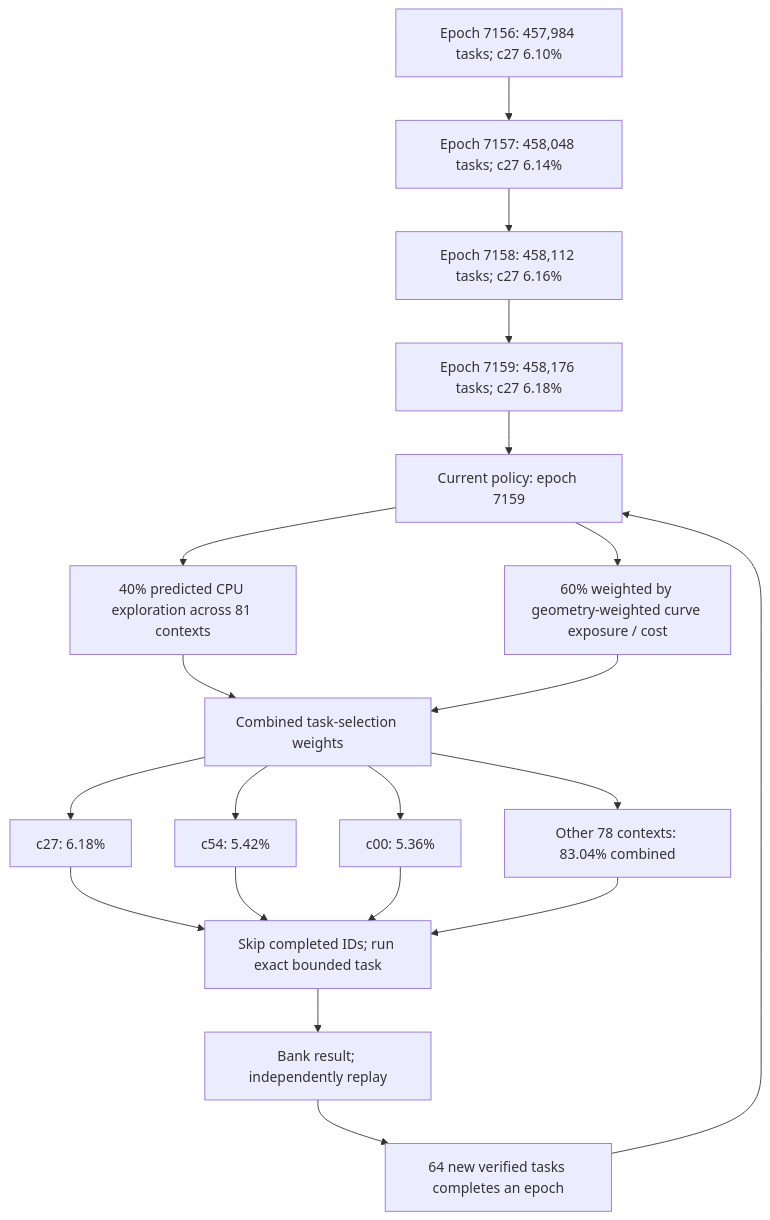
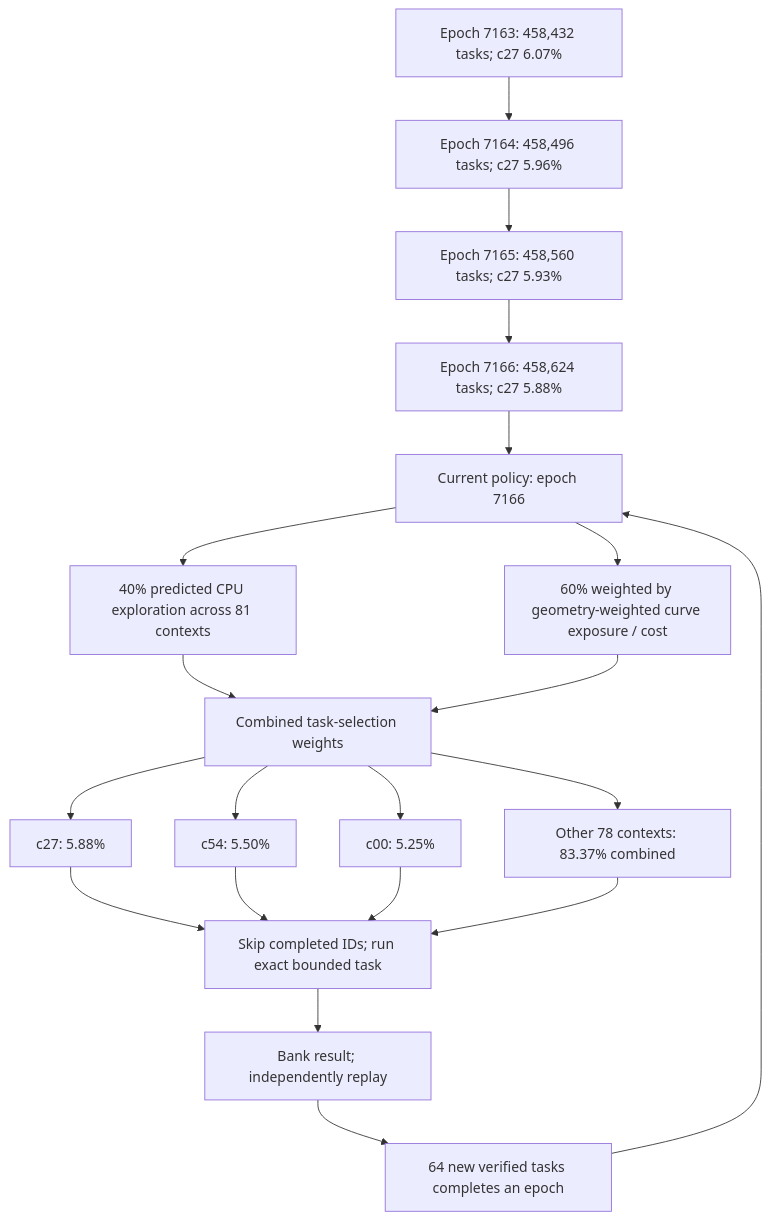
The first of 4 diagrams in README.md (Kuberwastaken/math-gambling), drawn with Mermaid before and after one commit. The commit also changed other lines of this file and 1488 other files, not shown here.

````diff
--- a/README.md
+++ b/README.md
@@ -60,27 +60,27 @@
 ```mermaid
 flowchart TD
-    H0["Epoch 7156: 457,984 tasks; c27 6.10%"]
-    H1["Epoch 7157: 458,048 tasks; c27 6.14%"]
+    H0["Epoch 7163: 458,432 tasks; c27 6.07%"]
+    H1["Epoch 7164: 458,496 tasks; c27 5.96%"]
     H0 --> H1
-    H2["Epoch 7158: 458,112 tasks; c27 6.16%"]
+    H2["Epoch 7165: 458,560 tasks; c27 5.93%"]
     H1 --> H2
-    H3["Epoch 7159: 458,176 tasks; c27 6.18%"]
+    H3["Epoch 7166: 458,624 tasks; c27 5.88%"]
     H2 --> H3
-    Policy["Current policy: epoch 7159"]
+    Policy["Current policy: epoch 7166"]
     H3 --> Policy
     Policy --> Explore["40% predicted CPU exploration across 81 contexts"]
     Policy --> Cost["60% weighted by geometry-weighted curve exposure / cost"]
     Explore --> Mix["Combined task-selection weights"]
     Cost --> Mix
-    Mix --> C0["c27: 6.18%"]
-    Mix --> C1["c54: 5.42%"]
-    Mix --> C2["c00: 5.36%"]
-    Mix --> Rest["Other 78 contexts: 83.04% combined"]
+    Mix --> C0["c27: 5.88%"]
+    Mix --> C1["c54: 5.50%"]
+    Mix --> C2["c00: 5.25%"]
+    Mix --> Rest["Other 78 contexts: 83.37% combined"]
     C0 --> Check["Skip completed IDs; run exact bounded task"]
     C1 --> Check
     C2 --> Check
     Rest --> Check
     Check --> Replay["Bank result; independently replay"]
     Replay --> Gate["64 new verified tasks completes an epoch"]
     Gate --> Policy
 ```
````
